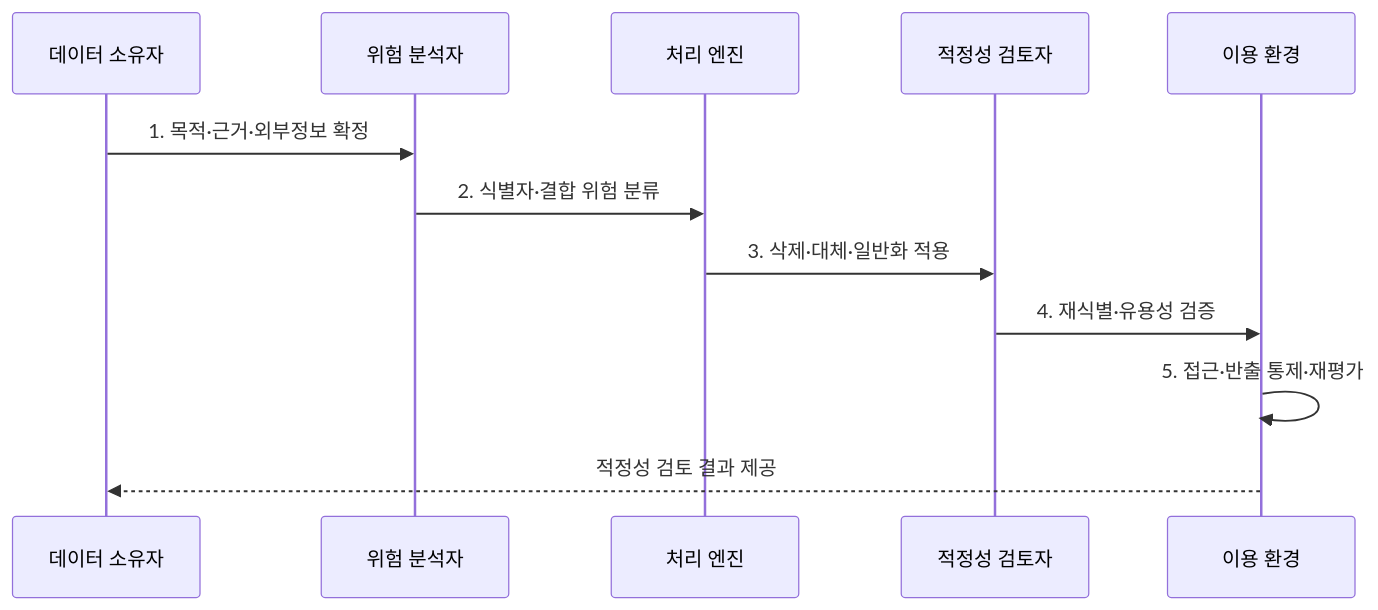
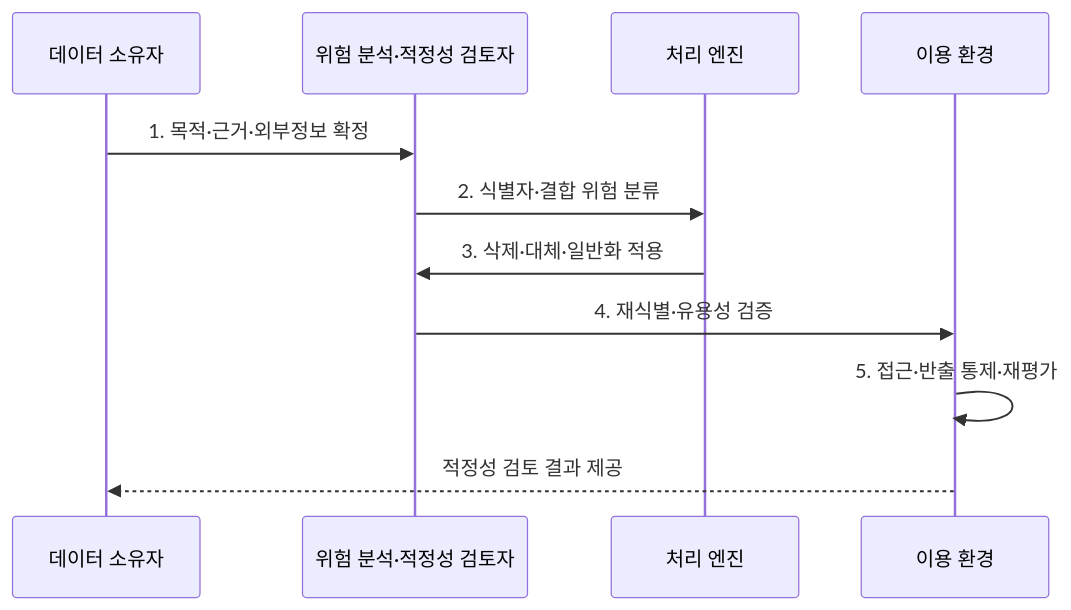
One commit to agnusdei1207/knowledge-base changed the second of 2 diagrams in src/content/docs/notes/05-security/098_de_identification.md. Above: the diagram before and after it, drawn with Mermaid. The commit also changed 9 other files, not shown here.

Commit message:
Streamline privacy governance sequences

````diff
--- a/src/content/docs/notes/05-security/098_de_identification.md
+++ b/src/content/docs/notes/05-security/098_de_identification.md
@@ -98,14 +98,13 @@
 ```mermaid
 sequenceDiagram
     participant O as 데이터 소유자
-    participant A as 위험 분석자
+    participant A as 위험 분석·적정성 검토자
     participant P as 처리 엔진
-    participant R as 적정성 검토자
     participant U as 이용 환경
     O->>A: 1. 목적·근거·외부정보 확정
     A->>P: 2. 식별자·결합 위험 분류
-    P->>R: 3. 삭제·대체·일반화 적용
-    R->>U: 4. 재식별·유용성 검증
+    P->>A: 3. 삭제·대체·일반화 적용
+    A->>U: 4. 재식별·유용성 검증
     U->>U: 5. 접근·반출 통제·재평가
     U-->>O: 적정성 검토 결과 제공
 ```
````
